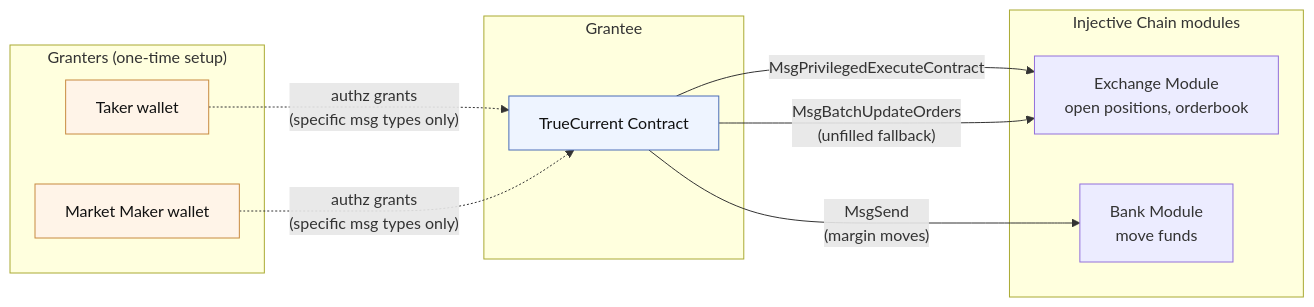
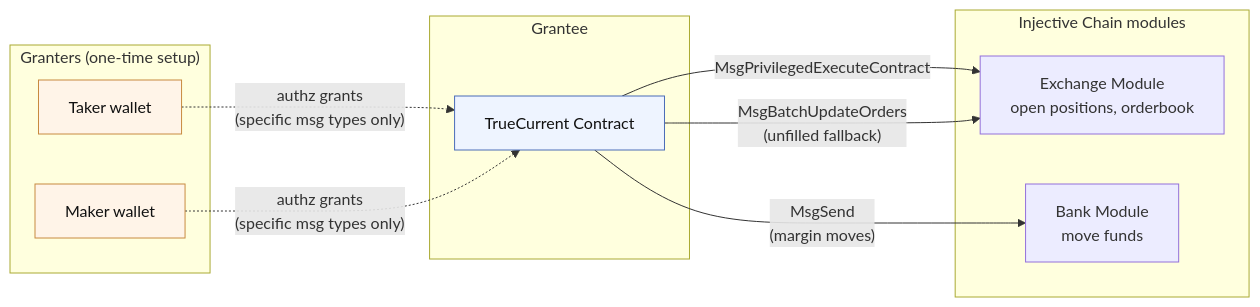
The diagram in mintlify/technical/authz-model.md (TrueCurrent/truecurrent-docs), drawn with Mermaid before and after one commit. The commit also changed other lines of this file and 55 other files, not shown here.

````diff
--- a/mintlify/technical/authz-model.md
+++ b/mintlify/technical/authz-model.md
@@ -15,31 +15,31 @@
 ```mermaid
 flowchart LR
     subgraph Granters ["Granters (one-time setup)"]
         Taker["Taker wallet"]
-        Maker["Market Maker wallet"]
+        Maker["Maker wallet"]
     end
 
     subgraph Grantee ["Grantee"]
         Contract["TrueCurrent Contract"]
     end
 
     subgraph Chain ["Injective Chain modules"]
         Exchange["Exchange Module<br/>open positions, orderbook"]
         Bank["Bank Module<br/>move funds"]
     end
 
     Taker -.->|"authz grants<br/>(specific msg types only)"| Contract
     Maker -.->|"authz grants<br/>(specific msg types only)"| Contract
 
     Contract -->|"MsgPrivilegedExecuteContract"| Exchange
     Contract -->|"MsgBatchUpdateOrders<br/>(unfilled fallback)"| Exchange
     Contract -->|"MsgSend<br/>(margin moves)"| Bank
 
     classDef wallet fill:#fff4e8,stroke:#c88a40,color:#111
     classDef contract fill:#eef4ff,stroke:#4a6db8,color:#111
     classDef module fill:#eefbf0,stroke:#3c9c60,color:#111
     class Taker,Maker wallet
     class Contract contract
     class Exchange,Bank Module
 
 ```
````
